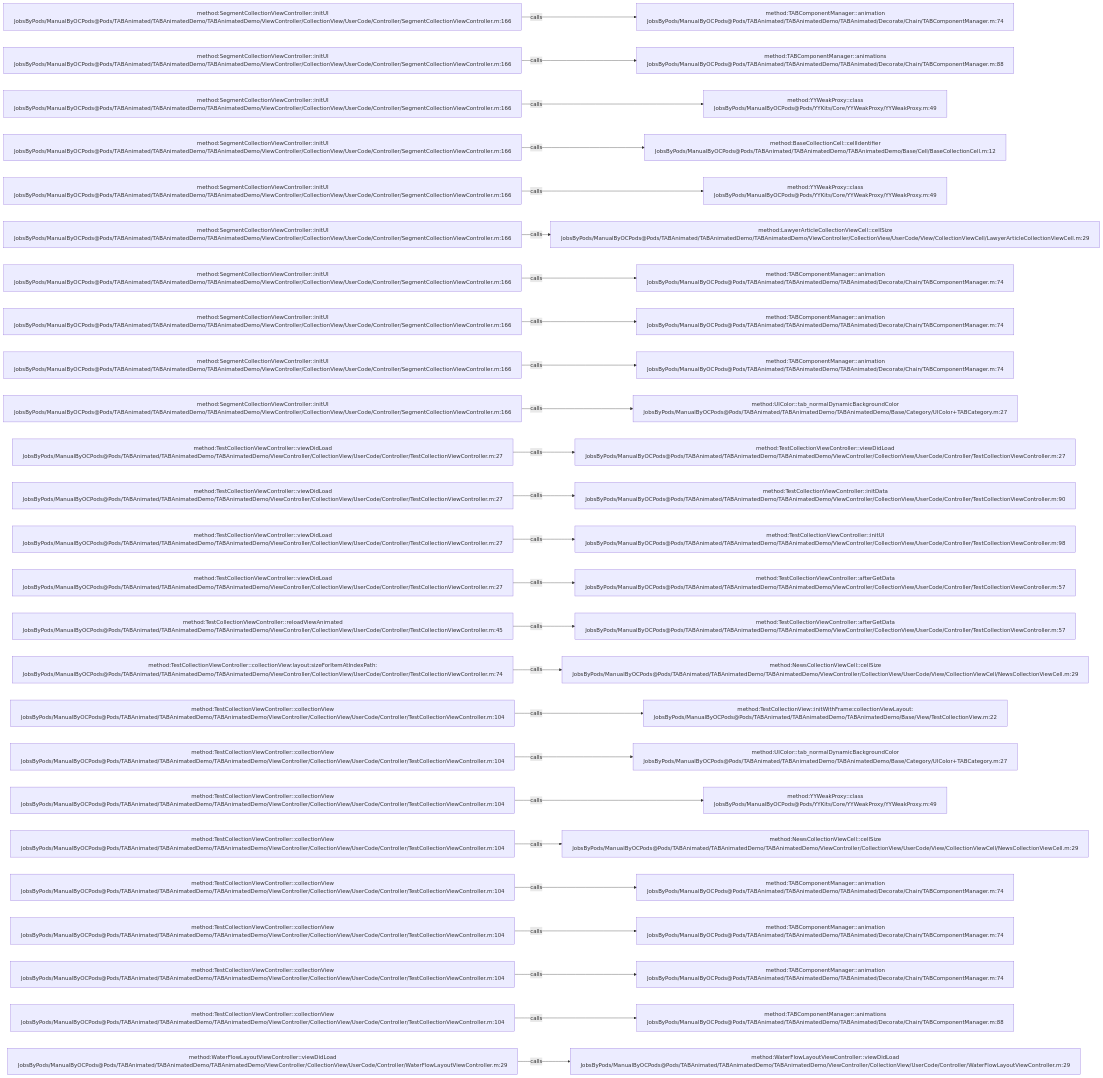
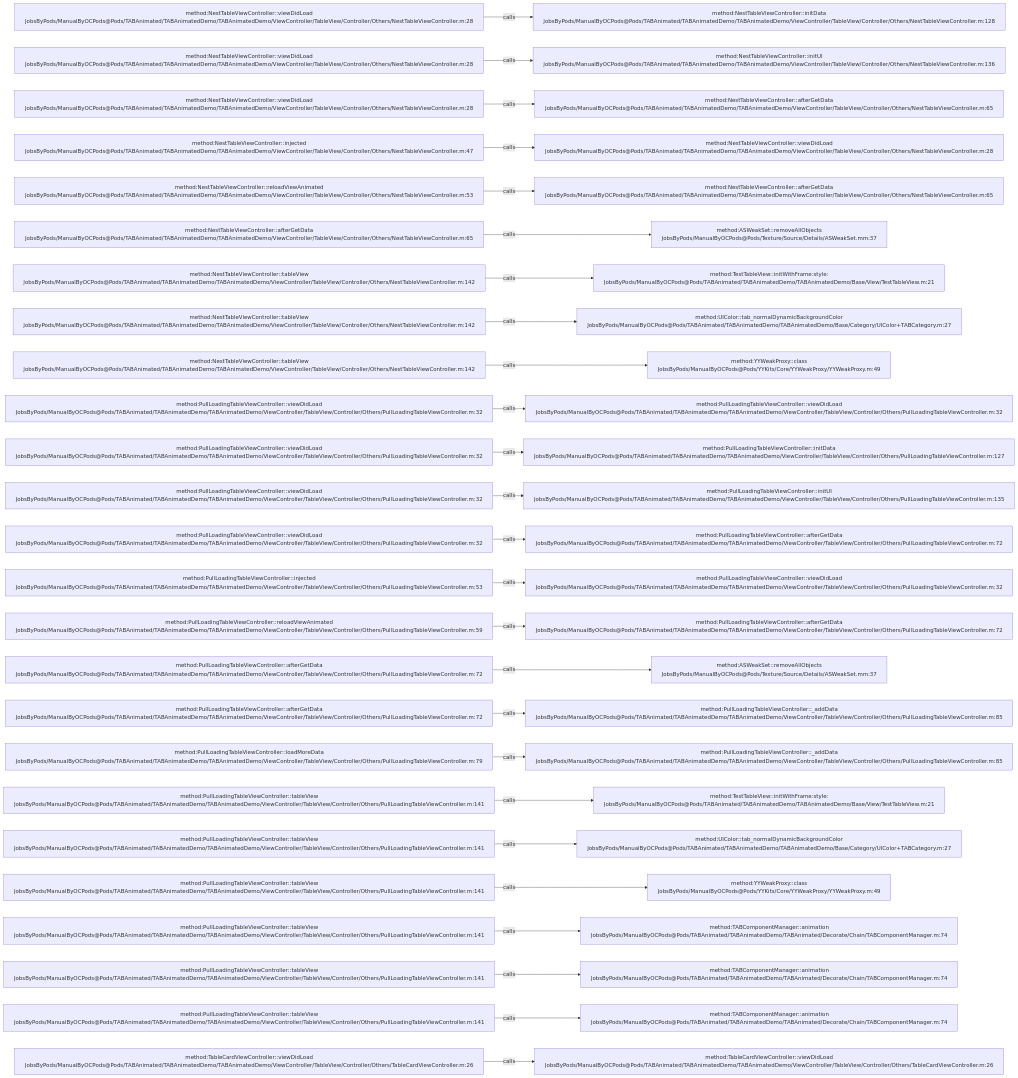
Before and after one commit to JobsKits/JobsOCBaseConfigDemo: the diagram in .codegraph/codegraph.md/graphs/calls-050.md, drawn with Mermaid. The commit also changed 1448 other files, not shown here.

````diff
--- a/.codegraph/codegraph.md/graphs/calls-050.md
+++ b/.codegraph/codegraph.md/graphs/calls-050.md
@@ -13,78 +13,78 @@
 ```mermaid
 flowchart LR
-  S1["method:SegmentCollectionViewController::initUI<br/>JobsByPods/ManualByOCPods@Pods/TABAnimated/TABAnimatedDemo/TABAnimatedDemo/ViewController/CollectionView/UserCode/Controller/SegmentCollectionViewController.m:166"]
-  T1["method:TABComponentManager::animation<br/>JobsByPods/ManualByOCPods@Pods/TABAnimated/TABAnimatedDemo/TABAnimated/Decorate/Chain/TABComponentManager.m:74"]
+  S1["method:NestTableViewController::viewDidLoad<br/>JobsByPods/ManualByOCPods@Pods/TABAnimated/TABAnimatedDemo/TABAnimatedDemo/ViewController/TableView/Controller/Others/NestTableViewController.m:28"]
+  T1["method:NestTableViewController::initData<br/>JobsByPods/ManualByOCPods@Pods/TABAnimated/TABAnimatedDemo/TABAnimatedDemo/ViewController/TableView/Controller/Others/NestTableViewController.m:128"]
   S1 -->|calls| T1
-  S2["method:SegmentCollectionViewController::initUI<br/>JobsByPods/ManualByOCPods@Pods/TABAnimated/TABAnimatedDemo/TABAnimatedDemo/ViewController/CollectionView/UserCode/Controller/SegmentCollectionViewController.m:166"]
-  T2["method:TABComponentManager::animations<br/>JobsByPods/ManualByOCPods@Pods/TABAnimated/TABAnimatedDemo/TABAnimated/Decorate/Chain/TABComponentManager.m:88"]
+  S2["method:NestTableViewController::viewDidLoad<br/>JobsByPods/ManualByOCPods@Pods/TABAnimated/TABAnimatedDemo/TABAnimatedDemo/ViewController/TableView/Controller/Others/NestTableViewController.m:28"]
+  T2["method:NestTableViewController::initUI<br/>JobsByPods/ManualByOCPods@Pods/TABAnimated/TABAnimatedDemo/TABAnimatedDemo/ViewController/TableView/Controller/Others/NestTableViewController.m:136"]
   S2 -->|calls| T2
-  S3["method:SegmentCollectionViewController::initUI<br/>JobsByPods/ManualByOCPods@Pods/TABAnimated/TABAnimatedDemo/TABAnimatedDemo/ViewController/CollectionView/UserCode/Controller/SegmentCollectionViewController.m:166"]
-  T3["method:YYWeakProxy::class<br/>JobsByPods/ManualByOCPods@Pods/YYKits/Core/YYWeakProxy/YYWeakProxy.m:49"]
+  S3["method:NestTableViewController::viewDidLoad<br/>JobsByPods/ManualByOCPods@Pods/TABAnimated/TABAnimatedDemo/TABAnimatedDemo/ViewController/TableView/Controller/Others/NestTableViewController.m:28"]
+  T3["method:NestTableViewController::afterGetData<br/>JobsByPods/ManualByOCPods@Pods/TABAnimated/TABAnimatedDemo/TABAnimatedDemo/ViewController/TableView/Controller/Others/NestTableViewController.m:65"]
   S3 -->|calls| T3
-  S4["method:SegmentCollectionViewController::initUI<br/>JobsByPods/ManualByOCPods@Pods/TABAnimated/TABAnimatedDemo/TABAnimatedDemo/ViewController/CollectionView/UserCode/Controller/SegmentCollectionViewController.m:166"]
-  T4["method:BaseCollectionCell::cellIdentifier<br/>JobsByPods/ManualByOCPods@Pods/TABAnimated/TABAnimatedDemo/TABAnimatedDemo/Base/Cell/BaseCollectionCell.m:12"]
+  S4["method:NestTableViewController::injected<br/>JobsByPods/ManualByOCPods@Pods/TABAnimated/TABAnimatedDemo/TABAnimatedDemo/ViewController/TableView/Controller/Others/NestTableViewController.m:47"]
+  T4["method:NestTableViewController::viewDidLoad<br/>JobsByPods/ManualByOCPods@Pods/TABAnimated/TABAnimatedDemo/TABAnimatedDemo/ViewController/TableView/Controller/Others/NestTableViewController.m:28"]
   S4 -->|calls| T4
-  S5["method:SegmentCollectionViewController::initUI<br/>JobsByPods/ManualByOCPods@Pods/TABAnimated/TABAnimatedDemo/TABAnimatedDemo/ViewController/CollectionView/UserCode/Controller/SegmentCollectionViewController.m:166"]
-  T5["method:YYWeakProxy::class<br/>JobsByPods/ManualByOCPods@Pods/YYKits/Core/YYWeakProxy/YYWeakProxy.m:49"]
+  S5["method:NestTableViewController::reloadViewAnimated<br/>JobsByPods/ManualByOCPods@Pods/TABAnimated/TABAnimatedDemo/TABAnimatedDemo/ViewController/TableView/Controller/Others/NestTableViewController.m:53"]
+  T5["method:NestTableViewController::afterGetData<br/>JobsByPods/ManualByOCPods@Pods/TABAnimated/TABAnimatedDemo/TABAnimatedDemo/ViewController/TableView/Controller/Others/NestTableViewController.m:65"]
   S5 -->|calls| T5
-  S6["method:SegmentCollectionViewController::initUI<br/>JobsByPods/ManualByOCPods@Pods/TABAnimated/TABAnimatedDemo/TABAnimatedDemo/ViewController/CollectionView/UserCode/Controller/SegmentCollectionViewController.m:166"]
-  T6["method:LawyerArticleCollectionViewCell::cellSize<br/>JobsByPods/ManualByOCPods@Pods/TABAnimated/TABAnimatedDemo/TABAnimatedDemo/ViewController/CollectionView/UserCode/View/CollectionViewCell/LawyerArticleCollectionViewCell.m:29"]
+  S6["method:NestTableViewController::afterGetData<br/>JobsByPods/ManualByOCPods@Pods/TABAnimated/TABAnimatedDemo/TABAnimatedDemo/ViewController/TableView/Controller/Others/NestTableViewController.m:65"]
+  T6["method:ASWeakSet::removeAllObjects<br/>JobsByPods/ManualByOCPods@Pods/Texture/Source/Details/ASWeakSet.mm:37"]
   S6 -->|calls| T6
-  S7["method:SegmentCollectionViewController::initUI<br/>JobsByPods/ManualByOCPods@Pods/TABAnimated/TABAnimatedDemo/TABAnimatedDemo/ViewController/CollectionView/UserCode/Controller/SegmentCollectionViewController.m:166"]
-  T7["method:TABComponentManager::animation<br/>JobsByPods/ManualByOCPods@Pods/TABAnimated/TABAnimatedDemo/TABAnimated/Decorate/Chain/TABComponentManager.m:74"]
+  S7["method:NestTableViewController::tableView<br/>JobsByPods/ManualByOCPods@Pods/TABAnimated/TABAnimatedDemo/TABAnimatedDemo/ViewController/TableView/Controller/Others/NestTableViewController.m:142"]
+  T7["method:TestTableView::initWithFrame:style:<br/>JobsByPods/ManualByOCPods@Pods/TABAnimated/TABAnimatedDemo/TABAnimatedDemo/Base/View/TestTableView.m:21"]
   S7 -->|calls| T7
-  S8["method:SegmentCollectionViewController::initUI<br/>JobsByPods/ManualByOCPods@Pods/TABAnimated/TABAnimatedDemo/TABAnimatedDemo/ViewController/CollectionView/UserCode/Controller/SegmentCollectionViewController.m:166"]
-  T8["method:TABComponentManager::animation<br/>JobsByPods/ManualByOCPods@Pods/TABAnimated/TABAnimatedDemo/TABAnimated/Decorate/Chain/TABComponentManager.m:74"]
+  S8["method:NestTableViewController::tableView<br/>JobsByPods/ManualByOCPods@Pods/TABAnimated/TABAnimatedDemo/TABAnimatedDemo/ViewController/TableView/Controller/Others/NestTableViewController.m:142"]
+  T8["method:UIColor::tab_normalDynamicBackgroundColor<br/>JobsByPods/ManualByOCPods@Pods/TABAnimated/TABAnimatedDemo/TABAnimatedDemo/Base/Category/UIColor+TABCategory.m:27"]
   S8 -->|calls| T8
-  S9["method:SegmentCollectionViewController::initUI<br/>JobsByPods/ManualByOCPods@Pods/TABAnimated/TABAnimatedDemo/TABAnimatedDemo/ViewController/CollectionView/UserCode/Controller/SegmentCollectionViewController.m:166"]
-  T9["method:TABComponentManager::animation<br/>JobsByPods/ManualByOCPods@Pods/TABAnimated/TABAnimatedDemo/TABAnimated/Decorate/Chain/TABComponentManager.m:74"]
+  S9["method:NestTableViewController::tableView<br/>JobsByPods/ManualByOCPods@Pods/TABAnimated/TABAnimatedDemo/TABAnimatedDemo/ViewController/TableView/Controller/Others/NestTableViewController.m:142"]
+  T9["method:YYWeakProxy::class<br/>JobsByPods/ManualByOCPods@Pods/YYKits/Core/YYWeakProxy/YYWeakProxy.m:49"]
   S9 -->|calls| T9
-  S10["method:SegmentCollectionViewController::initUI<br/>JobsByPods/ManualByOCPods@Pods/TABAnimated/TABAnimatedDemo/TABAnimatedDemo/ViewController/CollectionView/UserCode/Controller/SegmentCollectionViewController.m:166"]
-  T10["method:UIColor::tab_normalDynamicBackgroundColor<br/>JobsByPods/ManualByOCPods@Pods/TABAnimated/TABAnimatedDemo/TABAnimatedDemo/Base/Category/UIColor+TABCategory.m:27"]
+  S10["method:PullLoadingTableViewController::viewDidLoad<br/>JobsByPods/ManualByOCPods@Pods/TABAnimated/TABAnimatedDemo/TABAnimatedDemo/ViewController/TableView/Controller/Others/PullLoadingTableViewController.m:32"]
+  T10["method:PullLoadingTableViewController::viewDidLoad<br/>JobsByPods/ManualByOCPods@Pods/TABAnimated/TABAnimatedDemo/TABAnimatedDemo/ViewController/TableView/Controller/Others/PullLoadingTableViewController.m:32"]
   S10 -->|calls| T10
-  S11["method:TestCollectionViewController::viewDidLoad<br/>JobsByPods/ManualByOCPods@Pods/TABAnimated/TABAnimatedDemo/TABAnimatedDemo/ViewController/CollectionView/UserCode/Controller/TestCollectionViewController.m:27"]
-  T11["method:TestCollectionViewController::viewDidLoad<br/>JobsByPods/ManualByOCPods@Pods/TABAnimated/TABAnimatedDemo/TABAnimatedDemo/ViewController/CollectionView/UserCode/Controller/TestCollectionViewController.m:27"]
+  S11["method:PullLoadingTableViewController::viewDidLoad<br/>JobsByPods/ManualByOCPods@Pods/TABAnimated/TABAnimatedDemo/TABAnimatedDemo/ViewController/TableView/Controller/Others/PullLoadingTableViewController.m:32"]
+  T11["method:PullLoadingTableViewController::initData<br/>JobsByPods/ManualByOCPods@Pods/TABAnimated/TABAnimatedDemo/TABAnimatedDemo/ViewController/TableView/Controller/Others/PullLoadingTableViewController.m:127"]
   S11 -->|calls| T11
-  S12["method:TestCollectionViewController::viewDidLoad<br/>JobsByPods/ManualByOCPods@Pods/TABAnimated/TABAnimatedDemo/TABAnimatedDemo/ViewController/CollectionView/UserCode/Controller/TestCollectionViewController.m:27"]
-  T12["method:TestCollectionViewController::initData<br/>JobsByPods/ManualByOCPods@Pods/TABAnimated/TABAnimatedDemo/TABAnimatedDemo/ViewController/CollectionView/UserCode/Controller/TestCollectionViewController.m:90"]
+  S12["method:PullLoadingTableViewController::viewDidLoad<br/>JobsByPods/ManualByOCPods@Pods/TABAnimated/TABAnimatedDemo/TABAnimatedDemo/ViewController/TableView/Controller/Others/PullLoadingTableViewController.m:32"]
+  T12["method:PullLoadingTableViewController::initUI<br/>JobsByPods/ManualByOCPods@Pods/TABAnimated/TABAnimatedDemo/TABAnimatedDemo/ViewController/TableView/Controller/Others/PullLoadingTableViewController.m:135"]
   S12 -->|calls| T12
-  S13["method:TestCollectionViewController::viewDidLoad<br/>JobsByPods/ManualByOCPods@Pods/TABAnimated/TABAnimatedDemo/TABAnimatedDemo/ViewController/CollectionView/UserCode/Controller/TestCollectionViewController.m:27"]
-  T13["method:TestCollectionViewController::initUI<br/>JobsByPods/ManualByOCPods@Pods/TABAnimated/TABAnimatedDemo/TABAnimatedDemo/ViewController/CollectionView/UserCode/Controller/TestCollectionViewController.m:98"]
+  S13["method:PullLoadingTableViewController::viewDidLoad<br/>JobsByPods/ManualByOCPods@Pods/TABAnimated/TABAnimatedDemo/TABAnimatedDemo/ViewController/TableView/Controller/Others/PullLoadingTableViewController.m:32"]
+  T13["method:PullLoadingTableViewController::afterGetData<br/>JobsByPods/ManualByOCPods@Pods/TABAnimated/TABAnimatedDemo/TABAnimatedDemo/ViewController/TableView/Controller/Others/PullLoadingTableViewController.m:72"]
   S13 -->|calls| T13
-  S14["method:TestCollectionViewController::viewDidLoad<br/>JobsByPods/ManualByOCPods@Pods/TABAnimated/TABAnimatedDemo/TABAnimatedDemo/ViewController/CollectionView/UserCode/Controller/TestCollectionViewController.m:27"]
-  T14["method:TestCollectionViewController::afterGetData<br/>JobsByPods/ManualByOCPods@Pods/TABAnimated/TABAnimatedDemo/TABAnimatedDemo/ViewController/CollectionView/UserCode/Controller/TestCollectionViewController.m:57"]
+  S14["method:PullLoadingTableViewController::injected<br/>JobsByPods/ManualByOCPods@Pods/TABAnimated/TABAnimatedDemo/TABAnimatedDemo/ViewController/TableView/Controller/Others/PullLoadingTableViewController.m:53"]
+  T14["method:PullLoadingTableViewController::viewDidLoad<br/>JobsByPods/ManualByOCPods@Pods/TABAnimated/TABAnimatedDemo/TABAnimatedDemo/ViewController/TableView/Controller/Others/PullLoadingTableViewController.m:32"]
   S14 -->|calls| T14
-  S15["method:TestCollectionViewController::reloadViewAnimated<br/>JobsByPods/ManualByOCPods@Pods/TABAnimated/TABAnimatedDemo/TABAnimatedDemo/ViewController/CollectionView/UserCode/Controller/TestCollectionViewController.m:45"]
-  T15["method:TestCollectionViewController::afterGetData<br/>JobsByPods/ManualByOCPods@Pods/TABAnimated/TABAnimatedDemo/TABAnimatedDemo/ViewController/CollectionView/UserCode/Controller/TestCollectionViewController.m:57"]
+  S15["method:PullLoadingTableViewController::reloadViewAnimated<br/>JobsByPods/ManualByOCPods@Pods/TABAnimated/TABAnimatedDemo/TABAnimatedDemo/ViewController/TableView/Controller/Others/PullLoadingTableViewController.m:59"]
+  T15["method:PullLoadingTableViewController::afterGetData<br/>JobsByPods/ManualByOCPods@Pods/TABAnimated/TABAnimatedDemo/TABAnimatedDemo/ViewController/TableView/Controller/Others/PullLoadingTableViewController.m:72"]
   S15 -->|calls| T15
-  S16["method:TestCollectionViewController::collectionView:layout:sizeForItemAtIndexPath:<br/>JobsByPods/ManualByOCPods@Pods/TABAnimated/TABAnimatedDemo/TABAnimatedDemo/ViewController/CollectionView/UserCode/Controller/TestCollectionViewController.m:74"]
-  T16["method:NewsCollectionViewCell::cellSize<br/>JobsByPods/ManualByOCPods@Pods/TABAnimated/TABAnimatedDemo/TABAnimatedDemo/ViewController/CollectionView/UserCode/View/CollectionViewCell/NewsCollectionViewCell.m:29"]
+  S16["method:PullLoadingTableViewController::afterGetData<br/>JobsByPods/ManualByOCPods@Pods/TABAnimated/TABAnimatedDemo/TABAnimatedDemo/ViewController/TableView/Controller/Others/PullLoadingTableViewController.m:72"]
+  T16["method:ASWeakSet::removeAllObjects<br/>JobsByPods/ManualByOCPods@Pods/Texture/Source/Details/ASWeakSet.mm:37"]
   S16 -->|calls| T16
-  S17["method:TestCollectionViewController::collectionView<br/>JobsByPods/ManualByOCPods@Pods/TABAnimated/TABAnimatedDemo/TABAnimatedDemo/ViewController/CollectionView/UserCode/Controller/TestCollectionViewController.m:104"]
-  T17["method:TestCollectionView::initWithFrame:collectionViewLayout:<br/>JobsByPods/ManualByOCPods@Pods/TABAnimated/TABAnimatedDemo/TABAnimatedDemo/Base/View/TestCollectionView.m:22"]
+  S17["method:PullLoadingTableViewController::afterGetData<br/>JobsByPods/ManualByOCPods@Pods/TABAnimated/TABAnimatedDemo/TABAnimatedDemo/ViewController/TableView/Controller/Others/PullLoadingTableViewController.m:72"]
+  T17["method:PullLoadingTableViewController::_addData<br/>JobsByPods/ManualByOCPods@Pods/TABAnimated/TABAnimatedDemo/TABAnimatedDemo/ViewController/TableView/Controller/Others/PullLoadingTableViewController.m:85"]
   S17 -->|calls| T17
-  S18["method:TestCollectionViewController::collectionView<br/>JobsByPods/ManualByOCPods@Pods/TABAnimated/TABAnimatedDemo/TABAnimatedDemo/ViewController/CollectionView/UserCode/Controller/TestCollectionViewController.m:104"]
-  T18["method:UIColor::tab_normalDynamicBackgroundColor<br/>JobsByPods/ManualByOCPods@Pods/TABAnimated/TABAnimatedDemo/TABAnimatedDemo/Base/Category/UIColor+TABCategory.m:27"]
+  S18["method:PullLoadingTableViewController::loadMoreData<br/>JobsByPods/ManualByOCPods@Pods/TABAnimated/TABAnimatedDemo/TABAnimatedDemo/ViewController/TableView/Controller/Others/PullLoadingTableViewController.m:79"]
+  T18["method:PullLoadingTableViewController::_addData<br/>JobsByPods/ManualByOCPods@Pods/TABAnimated/TABAnimatedDemo/TABAnimatedDemo/ViewController/TableView/Controller/Others/PullLoadingTableViewController.m:85"]
   S18 -->|calls| T18
-  S19["method:TestCollectionViewController::collectionView<br/>JobsByPods/ManualByOCPods@Pods/TABAnimated/TABAnimatedDemo/TABAnimatedDemo/ViewController/CollectionView/UserCode/Controller/TestCollectionViewController.m:104"]
-  T19["method:YYWeakProxy::class<br/>JobsByPods/ManualByOCPods@Pods/YYKits/Core/YYWeakProxy/YYWeakProxy.m:49"]
+  S19["method:PullLoadingTableViewController::tableView<br/>JobsByPods/ManualByOCPods@Pods/TABAnimated/TABAnimatedDemo/TABAnimatedDemo/ViewController/TableView/Controller/Others/PullLoadingTableViewController.m:141"]
+  T19["method:TestTableView::initWithFrame:style:<br/>JobsByPods/ManualByOCPods@Pods/TABAnimated/TABAnimatedDemo/TABAnimatedDemo/Base/View/TestTableView.m:21"]
   S19 -->|calls| T19
-  S20["method:TestCollectionViewController::collectionView<br/>JobsByPods/ManualByOCPods@Pods/TABAnimated/TABAnimatedDemo/TABAnimatedDemo/ViewController/CollectionView/UserCode/Controller/TestCollectionViewController.m:104"]
-  T20["method:NewsCollectionViewCell::cellSize<br/>JobsByPods/ManualByOCPods@Pods/TABAnimated/TABAnimatedDemo/TABAnimatedDemo/ViewController/CollectionView/UserCode/View/CollectionViewCell/NewsCollectionViewCell.m:29"]
+  S20["method:PullLoadingTableViewController::tableView<br/>JobsByPods/ManualByOCPods@Pods/TABAnimated/TABAnimatedDemo/TABAnimatedDemo/ViewController/TableView/Controller/Others/PullLoadingTableViewController.m:141"]
+  T20["method:UIColor::tab_normalDynamicBackgroundColor<br/>JobsByPods/ManualByOCPods@Pods/TABAnimated/TABAnimatedDemo/TABAnimatedDemo/Base/Category/UIColor+TABCategory.m:27"]
   S20 -->|calls| T20
-  S21["method:TestCollectionViewController::collectionView<br/>JobsByPods/ManualByOCPods@Pods/TABAnimated/TABAnimatedDemo/TABAnimatedDemo/ViewController/CollectionView/UserCode/Controller/TestCollectionViewController.m:104"]
-  T21["method:TABComponentManager::animation<br/>JobsByPods/ManualByOCPods@Pods/TABAnimated/TABAnimatedDemo/TABAnimated/Decorate/Chain/TABComponentManager.m:74"]
+  S21["method:PullLoadingTableViewController::tableView<br/>JobsByPods/ManualByOCPods@Pods/TABAnimated/TABAnimatedDemo/TABAnimatedDemo/ViewController/TableView/Controller/Others/PullLoadingTableViewController.m:141"]
+  T21["method:YYWeakProxy::class<br/>JobsByPods/ManualByOCPods@Pods/YYKits/Core/YYWeakProxy/YYWeakProxy.m:49"]
   S21 -->|calls| T21
-  S22["method:TestCollectionViewController::collectionView<br/>JobsByPods/ManualByOCPods@Pods/TABAnimated/TABAnimatedDemo/TABAnimatedDemo/ViewController/CollectionView/UserCode/Controller/TestCollectionViewController.m:104"]
+  S22["method:PullLoadingTableViewController::tableView<br/>JobsByPods/ManualByOCPods@Pods/TABAnimated/TABAnimatedDemo/TABAnimatedDemo/ViewController/TableView/Controller/Others/PullLoadingTableViewController.m:141"]
   T22["method:TABComponentManager::animation<br/>JobsByPods/ManualByOCPods@Pods/TABAnimated/TABAnimatedDemo/TABAnimated/Decorate/Chain/TABComponentManager.m:74"]
   S22 -->|calls| T22
-  S23["method:TestCollectionViewController::collectionView<br/>JobsByPods/ManualByOCPods@Pods/TABAnimated/TABAnimatedDemo/TABAnimatedDemo/ViewController/CollectionView/UserCode/Controller/TestCollectionViewController.m:104"]
+  S23["method:PullLoadingTableViewController::tableView<br/>JobsByPods/ManualByOCPods@Pods/TABAnimated/TABAnimatedDemo/TABAnimatedDemo/ViewController/TableView/Controller/Others/PullLoadingTableViewController.m:141"]
   T23["method:TABComponentManager::animation<br/>JobsByPods/ManualByOCPods@Pods/TABAnimated/TABAnimatedDemo/TABAnimated/Decorate/Chain/TABComponentManager.m:74"]
   S23 -->|calls| T23
-  S24["method:TestCollectionViewController::collectionView<br/>JobsByPods/ManualByOCPods@Pods/TABAnimated/TABAnimatedDemo/TABAnimatedDemo/ViewController/CollectionView/UserCode/Controller/TestCollectionViewController.m:104"]
-  T24["method:TABComponentManager::animations<br/>JobsByPods/ManualByOCPods@Pods/TABAnimated/TABAnimatedDemo/TABAnimated/Decorate/Chain/TABComponentManager.m:88"]
+  S24["method:PullLoadingTableViewController::tableView<br/>JobsByPods/ManualByOCPods@Pods/TABAnimated/TABAnimatedDemo/TABAnimatedDemo/ViewController/TableView/Controller/Others/PullLoadingTableViewController.m:141"]
+  T24["method:TABComponentManager::animation<br/>JobsByPods/ManualByOCPods@Pods/TABAnimated/TABAnimatedDemo/TABAnimated/Decorate/Chain/TABComponentManager.m:74"]
   S24 -->|calls| T24
-  S25["method:WaterFlowLayoutViewController::viewDidLoad<br/>JobsByPods/ManualByOCPods@Pods/TABAnimated/TABAnimatedDemo/TABAnimatedDemo/ViewController/CollectionView/UserCode/Controller/WaterFlowLayoutViewController.m:29"]
-  T25["method:WaterFlowLayoutViewController::viewDidLoad<br/>JobsByPods/ManualByOCPods@Pods/TABAnimated/TABAnimatedDemo/TABAnimatedDemo/ViewController/CollectionView/UserCode/Controller/WaterFlowLayoutViewController.m:29"]
+  S25["method:TableCardViewController::viewDidLoad<br/>JobsByPods/ManualByOCPods@Pods/TABAnimated/TABAnimatedDemo/TABAnimatedDemo/ViewController/TableView/Controller/Others/TableCardViewController.m:26"]
+  T25["method:TableCardViewController::viewDidLoad<br/>JobsByPods/ManualByOCPods@Pods/TABAnimated/TABAnimatedDemo/TABAnimatedDemo/ViewController/TableView/Controller/Others/TableCardViewController.m:26"]
   S25 -->|calls| T25
 ```
````
